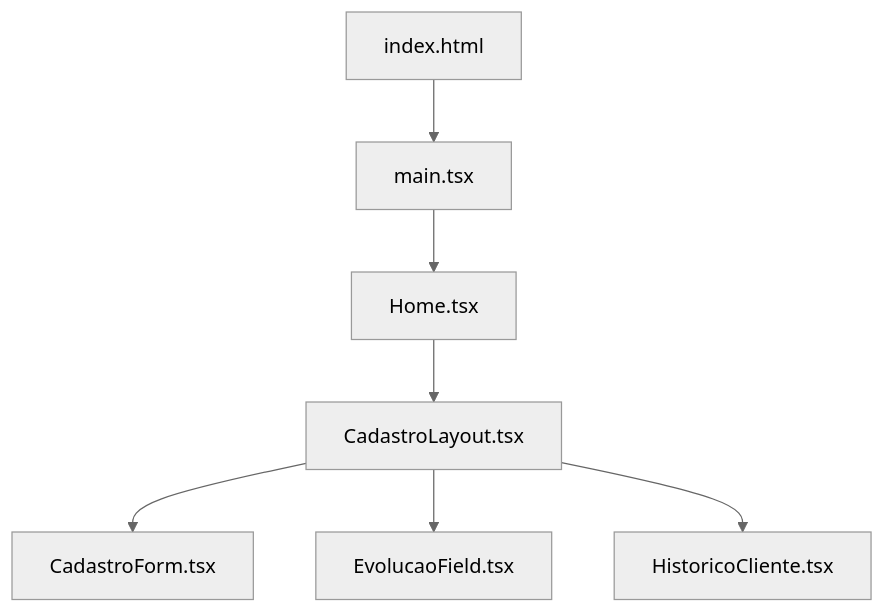
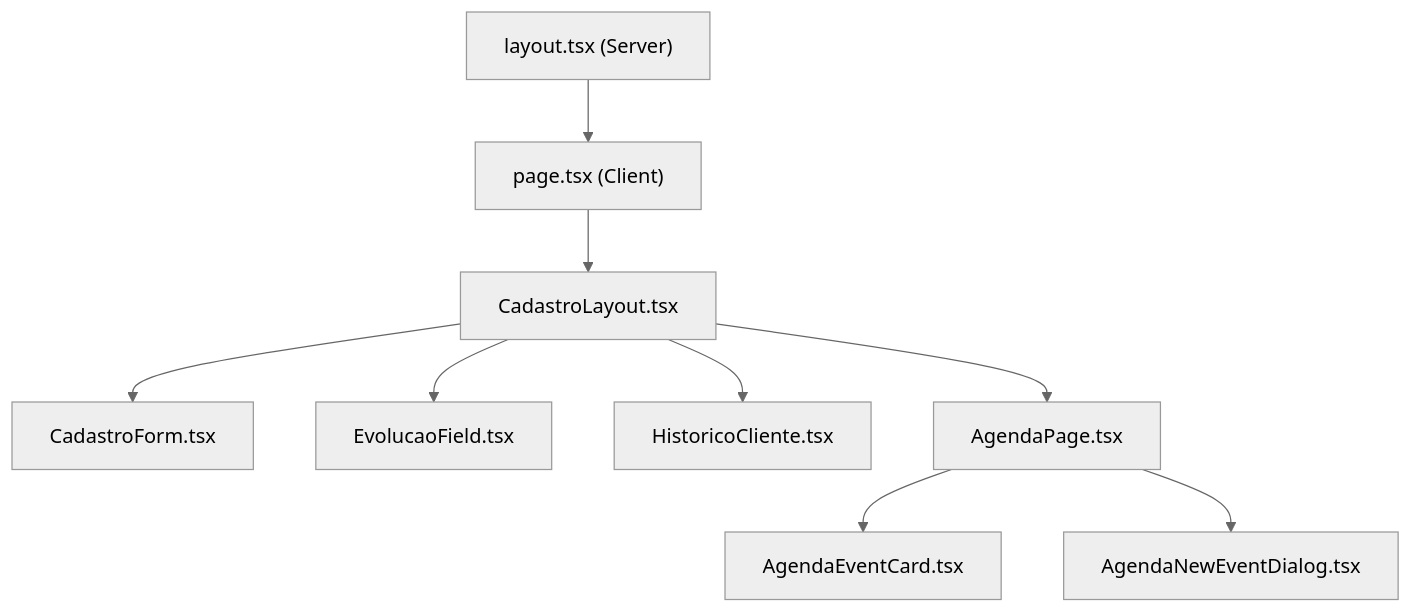
The diagram in docs/00_visao_geral.md (brandipodesta-art/Fisio), drawn with Mermaid (neutral theme) before and after one commit. The commit also changed other lines of this file and 30 other files, not shown here.

````diff
--- a/docs/00_visao_geral.md
+++ b/docs/00_visao_geral.md
@@ -39,9 +54,11 @@
 ```mermaid
 graph TD
-    A["index.html"] --> B["main.tsx"]
-    B --> C["Home.tsx"]
-    C --> D["CadastroLayout.tsx"]
-    D --> E["CadastroForm.tsx"]
-    D --> F["EvolucaoField.tsx"]
-    D --> G["HistoricoCliente.tsx"]
+    A["layout.tsx (Server)"] --> B["page.tsx (Client)"]
+    B --> C["CadastroLayout.tsx"]
+    C --> D["CadastroForm.tsx"]
+    C --> E["EvolucaoField.tsx"]
+    C --> F["HistoricoCliente.tsx"]
+    C --> G["AgendaPage.tsx"]
+    G --> H["AgendaEventCard.tsx"]
+    G --> I["AgendaNewEventDialog.tsx"]
 ```
````
